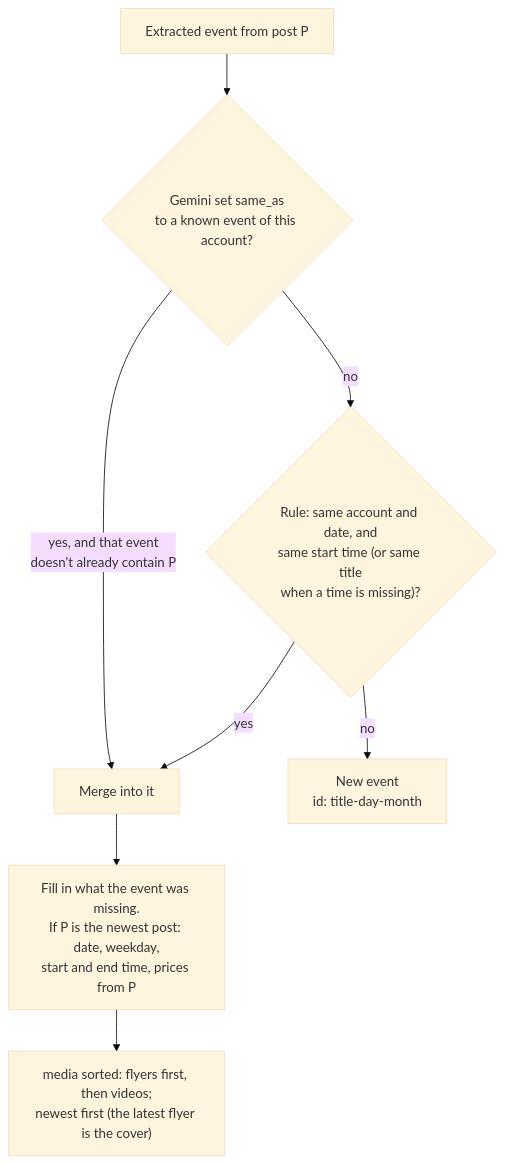
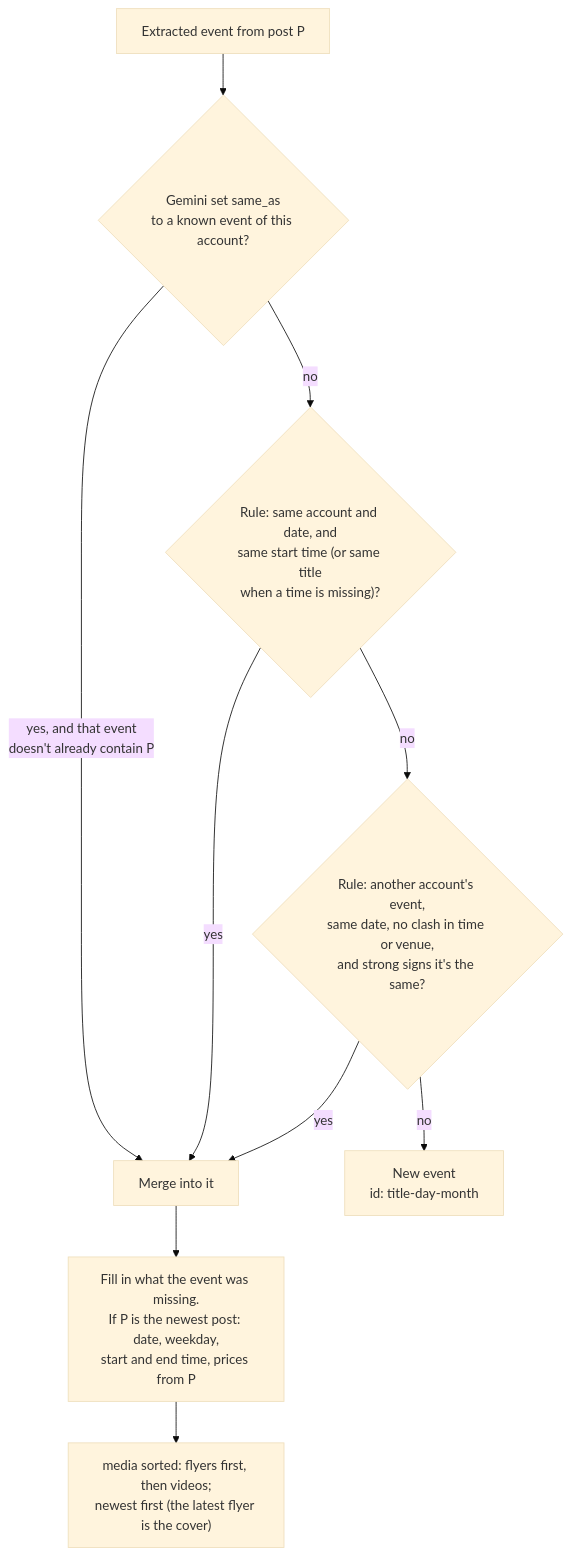
The sixth of 12 diagrams in docs/ARCHITECTURE.md (pa-bailar/backend), drawn with Mermaid (base theme) before and after one commit. The commit also changed other lines of this file and 1 other file, not shown here.

Commit message:
docs: one post one identity, cross-account merging, add-post without needless Gemini requests

````diff
--- a/docs/ARCHITECTURE.md
+++ b/docs/ARCHITECTURE.md
@@ -554,10 +555,12 @@
 ```mermaid
 flowchart TD
     C["Extracted event from post P"] --> L{"Gemini set same_as<br/>to a known event of this account?"}
     L -->|"yes, and that event<br/>doesn't already contain P"| MERGE["Merge into it"]
     L -->|no| RULE{"Rule: same account and date, and<br/>same start time (or same title<br/>when a time is missing)?"}
     RULE -->|yes| MERGE
-    RULE -->|no| NEW["New event<br/>id: title-day-month"]
+    RULE -->|no| SHARED{"Rule: another account's event,<br/>same date, no clash in time or venue,<br/>and strong signs it's the same?"}
+    SHARED -->|yes| MERGE
+    SHARED -->|no| NEW["New event<br/>id: title-day-month"]
     MERGE --> F["Fill in what the event was missing.<br/>If P is the newest post: date, weekday,<br/>start and end time, prices from P"]
     F --> O["media sorted: flyers first, then videos;<br/>newest first (the latest flyer is the cover)"]
 ```
````
